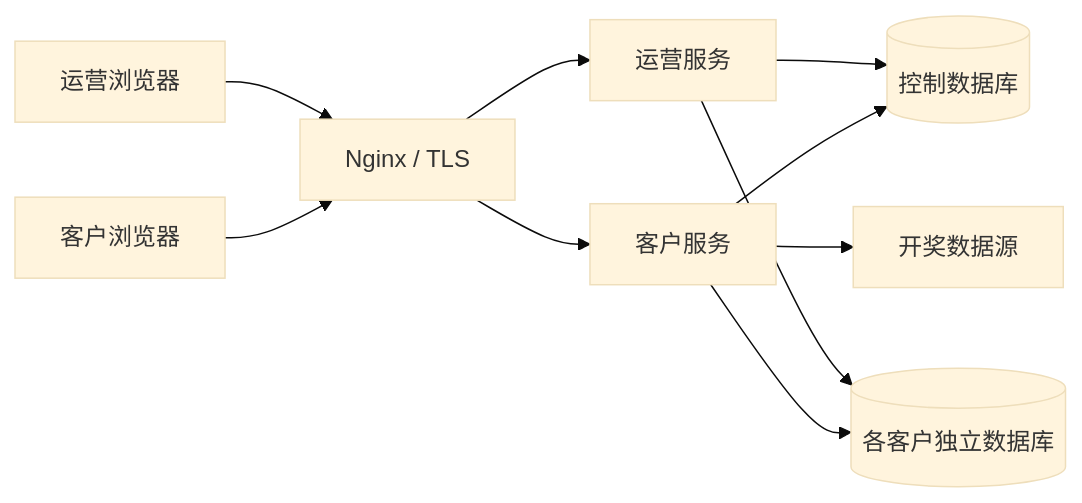
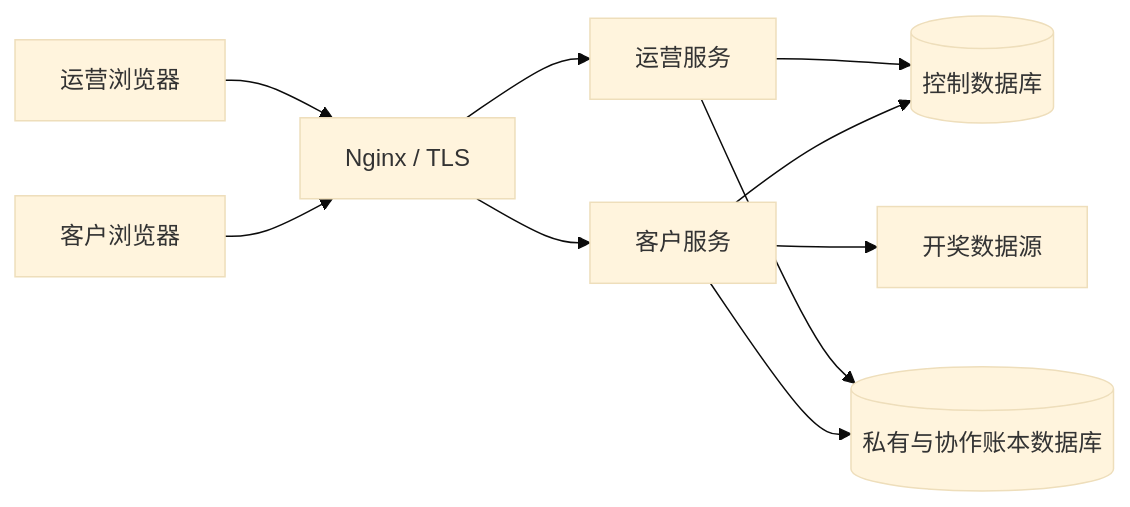
Before and after one commit to Keria2026/MarkSix: the diagram in docs/human/architecture.md, drawn with Mermaid (base theme). The commit also changed other lines of this file and 31 other files, not shown here.

````diff
--- a/docs/human/architecture.md
+++ b/docs/human/architecture.md
@@ -5,12 +5,12 @@
 ```mermaid
 flowchart LR
     C[客户浏览器] --> N[Nginx / TLS]
     A[运营浏览器] --> N
     N --> W[客户服务]
     N --> M[运营服务]
     W --> D[(控制数据库)]
     M --> D
-    W --> T[(各客户独立数据库)]
+    W --> T[(私有与协作账本数据库)]
     M --> T
     W --> O[开奖数据源]
 ```
````
